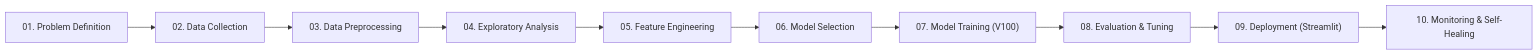
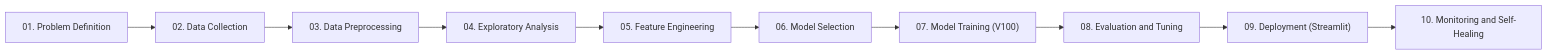
The first of 2 diagrams in docs/ARCHITECTURE_AND_IMPLEMENTATION.md (AnimeshBasak-14/SmartHVAC), drawn with Mermaid before and after one commit. The commit also changed other lines of this file and 51 other files, not shown here.

````diff
--- a/docs/ARCHITECTURE_AND_IMPLEMENTATION.md
+++ b/docs/ARCHITECTURE_AND_IMPLEMENTATION.md
@@ -12,12 +12,12 @@
 ```mermaid
 flowchart LR
     P01["01. Problem Definition"] --> P02["02. Data Collection"]
     P02 --> P03["03. Data Preprocessing"]
     P03 --> P04["04. Exploratory Analysis"]
     P04 --> P05["05. Feature Engineering"]
     P05 --> P06["06. Model Selection"]
     P06 --> P07["07. Model Training (V100)"]
-    P07 --> P08["08. Evaluation & Tuning"]
+    P07 --> P08["08. Evaluation and Tuning"]
     P08 --> P09["09. Deployment (Streamlit)"]
-    P09 --> P10["10. Monitoring & Self-Healing"]
+    P09 --> P10["10. Monitoring and Self-Healing"]
 ```
````
